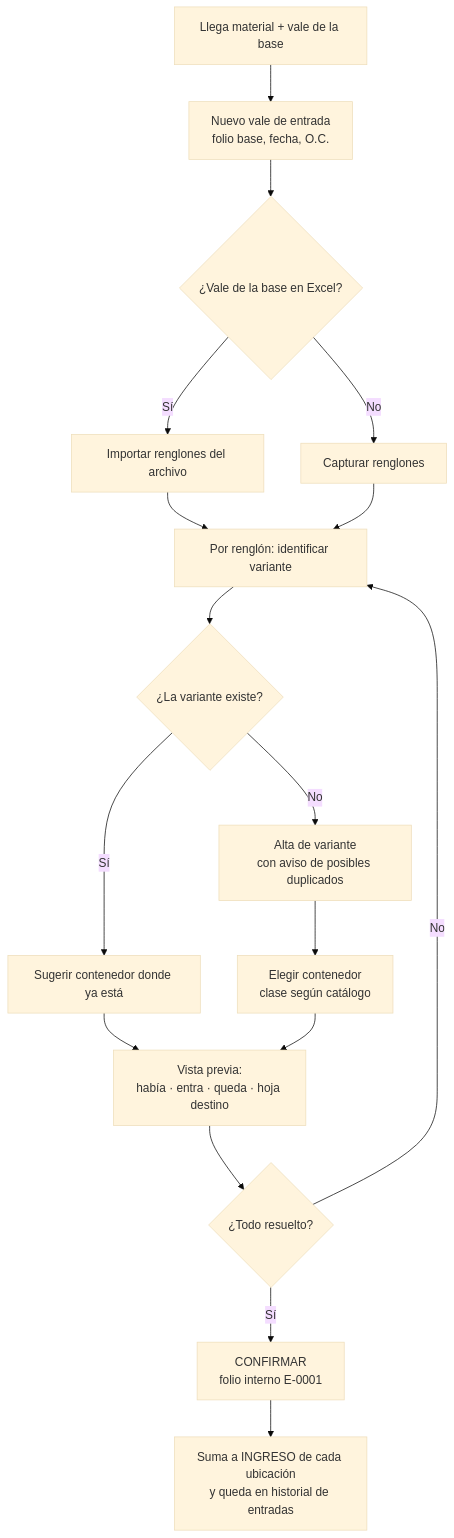
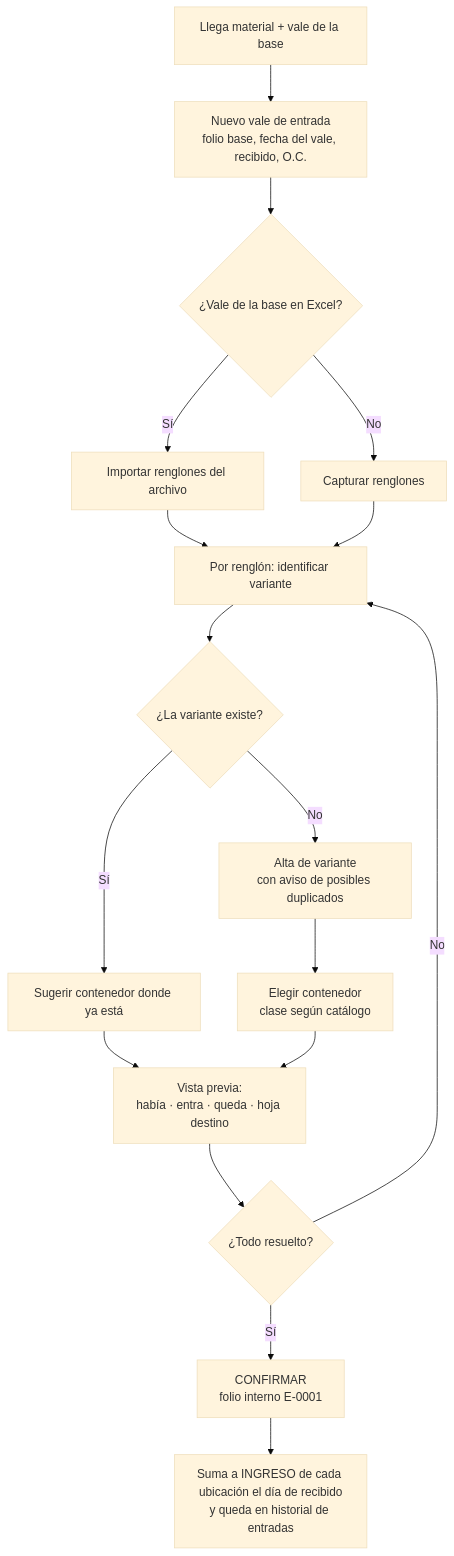
One commit to mrketchupp/Control-almacen changed the second of 3 diagrams in docs/05-flujos.md. Above: the diagram before and after it, drawn with Mermaid (base theme). The commit also changed other lines of this file and 31 other files, not shown here.

````diff
--- a/docs/05-flujos.md
+++ b/docs/05-flujos.md
@@ -41,17 +41,17 @@
 ```mermaid
 flowchart TD
-    A[Llega material + vale de la base] --> B[Nuevo vale de entrada<br/>folio base, fecha, O.C.]
+    A[Llega material + vale de la base] --> B[Nuevo vale de entrada<br/>folio base, fecha del vale, recibido, O.C.]
     B --> C{¿Vale de la base en Excel?}
     C -->|"Sí"| D[Importar renglones del archivo]
     C -->|"No"| E[Capturar renglones]
     D & E --> F[Por renglón: identificar variante]
     F --> G{¿La variante existe?}
     G -->|"Sí"| H[Sugerir contenedor donde ya está]
     G -->|"No"| I[Alta de variante<br/>con aviso de posibles duplicados]
     I --> J[Elegir contenedor<br/>clase según catálogo]
     H & J --> K[Vista previa:<br/>había · entra · queda · hoja destino]
     K --> L{¿Todo resuelto?}
     L -->|"No"| F
     L -->|"Sí"| M[CONFIRMAR<br/>folio interno E-0001]
-    M --> N[Suma a INGRESO de cada ubicación<br/>y queda en historial de entradas]
+    M --> N[Suma a INGRESO de cada ubicación el día de recibido<br/>y queda en historial de entradas]
 ```
````
